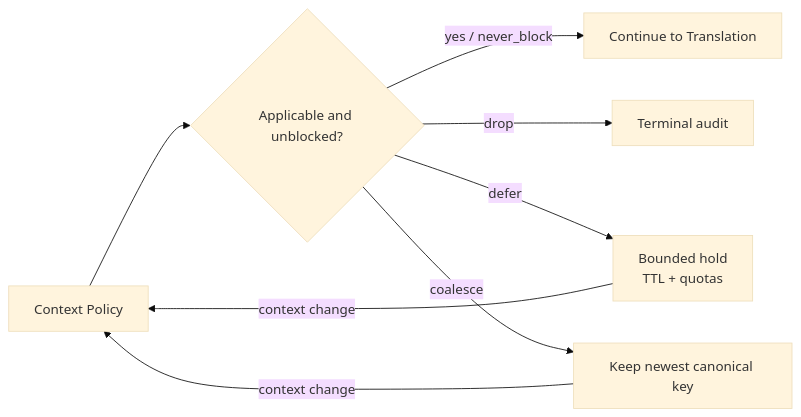
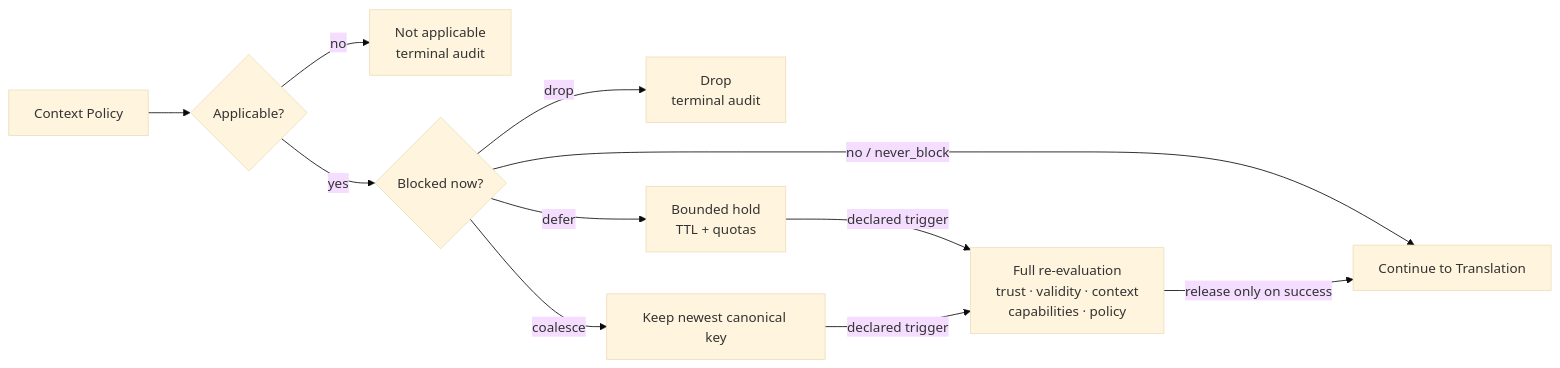
One commit to yaneczech/SIA changed the fourth of 8 diagrams in figures/REDRAW_REFERENCE.md. Above: the diagram before and after it, drawn with Mermaid (base theme). The commit also changed other lines of this file, not shown here.

````diff
--- a/figures/REDRAW_REFERENCE.md
+++ b/figures/REDRAW_REFERENCE.md
@@ -99,10 +100,13 @@
 ```mermaid
 flowchart LR
-  C["Context Policy"] --> Q{"Applicable and unblocked?"}
-  Q -->|"yes / never_block"| P["Continue to Translation"]
-  Q -->|"drop"| D["Terminal audit"]
-  Q -->|"defer"| H["Bounded hold<br/>TTL + quotas"]
-  Q -->|"coalesce"| K["Keep newest canonical key"]
-  H -->|"context change"| C
-  K -->|"context change"| C
+  C["Context Policy"] --> A{"Applicable?"}
+  A -->|"no"| N["Not applicable<br/>terminal audit"]
+  A -->|"yes"| B{"Blocked now?"}
+  B -->|"no / never_block"| P["Continue to Translation"]
+  B -->|"drop"| D["Drop<br/>terminal audit"]
+  B -->|"defer"| H["Bounded hold<br/>TTL + quotas"]
+  B -->|"coalesce"| K["Keep newest canonical key"]
+  H -->|"declared trigger"| V["Full re-evaluation<br/>trust · validity · context<br/>capabilities · policy"]
+  K -->|"declared trigger"| V
+  V -->|"release only on success"| P
 ```
````
